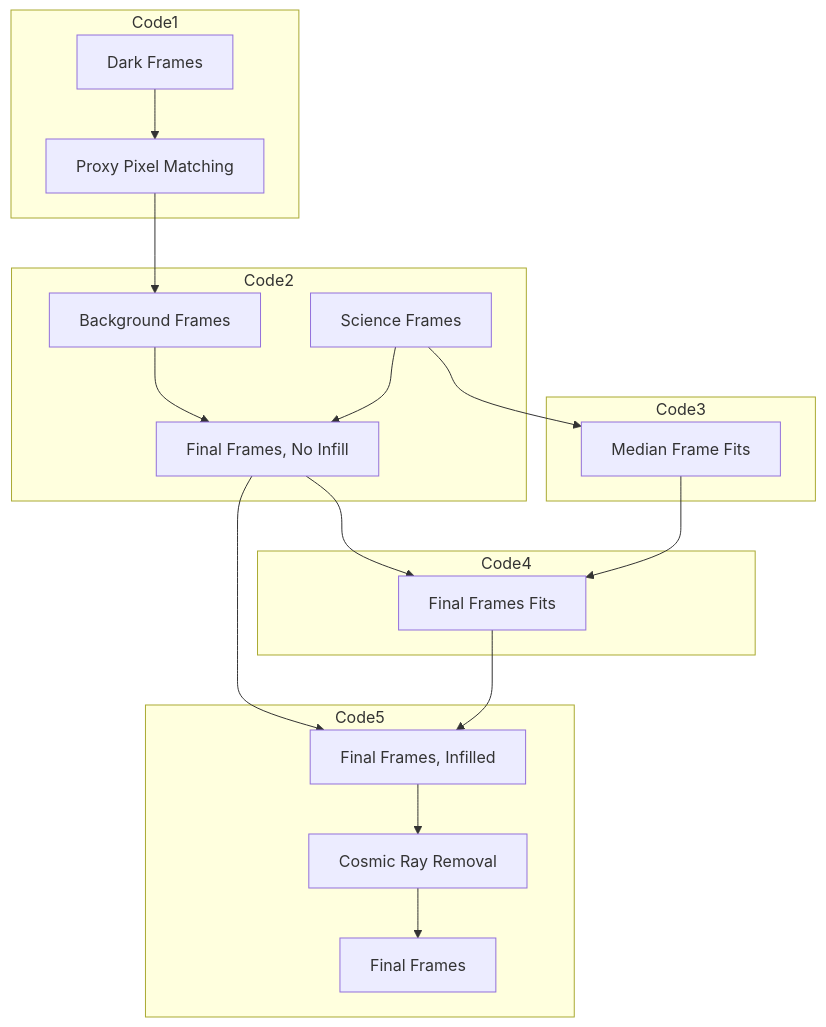
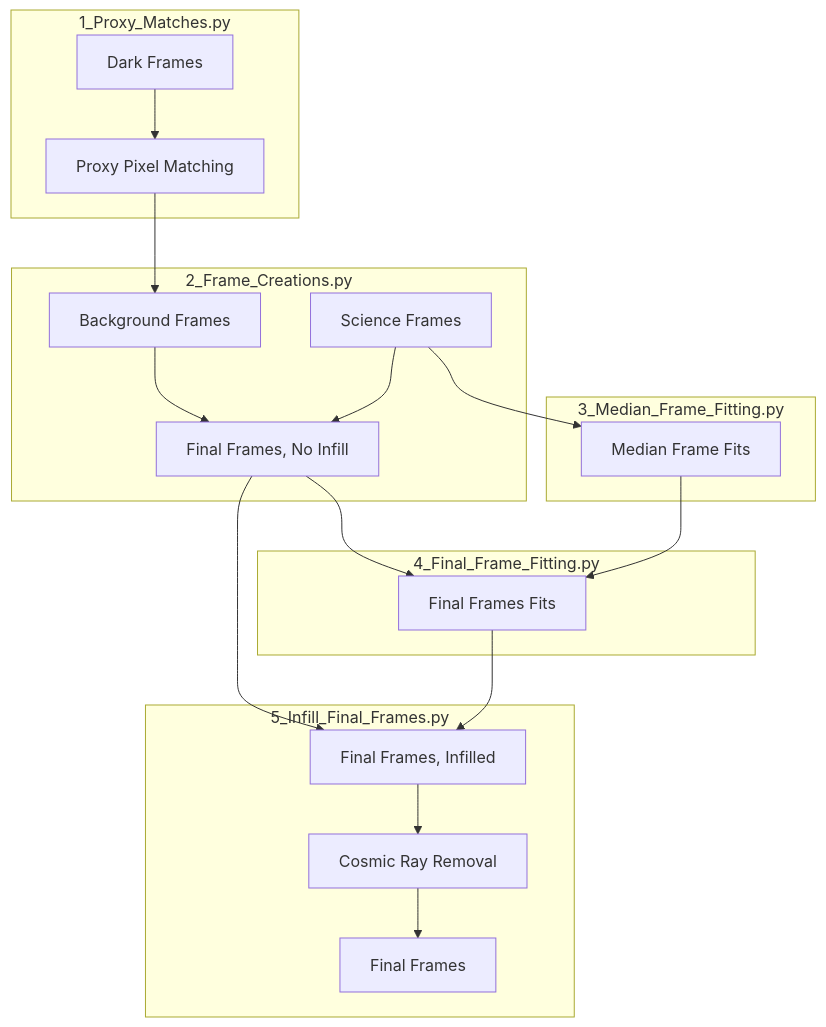
The diagram in README.md (sees9730/CUTE-CubeSat-Proxy-Pixel-Pipeline), drawn with Mermaid before and after one commit. The commit also changed other lines of this file, not shown here.

````diff
--- a/README.md
+++ b/README.md
@@ -50,21 +50,21 @@
 ```mermaid
 flowchart TD;
-    subgraph Code1
+    subgraph 1_Proxy_Matches.py
     A[Dark Frames] --> B[Proxy Pixel Matching];
     end
-    subgraph Code2
+    subgraph 2_Frame_Creations.py
     B --> C[Background Frames];
     C & D[Science Frames] --> E[Final Frames, No Infill];
     end
-    subgraph Code3
+    subgraph 3_Median_Frame_Fitting.py
     D --> F[Median Frame Fits]
     end
-    subgraph Code4
+    subgraph 4_Final_Frame_Fitting.py
     E & F --> G[Final Frames Fits];
     end
     E & G --> H[Final Frames, Infilled];
-    subgraph Code5
+    subgraph 5_Infill_Final_Frames.py
     H --> I[Cosmic Ray Removal]
     I --> J[Final Frames];
     end
 ```
````
